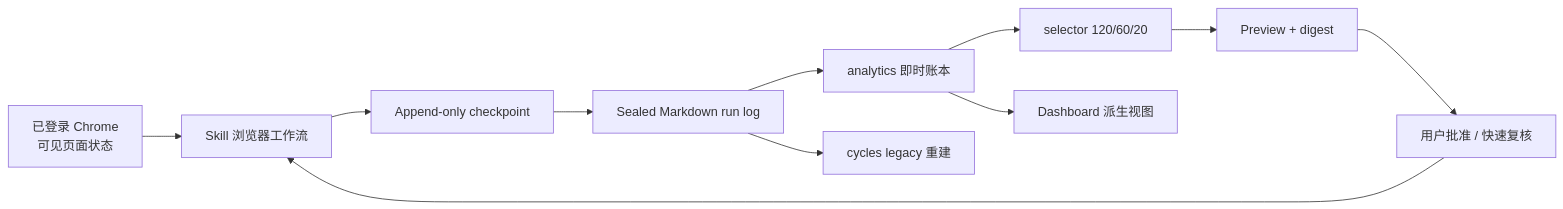
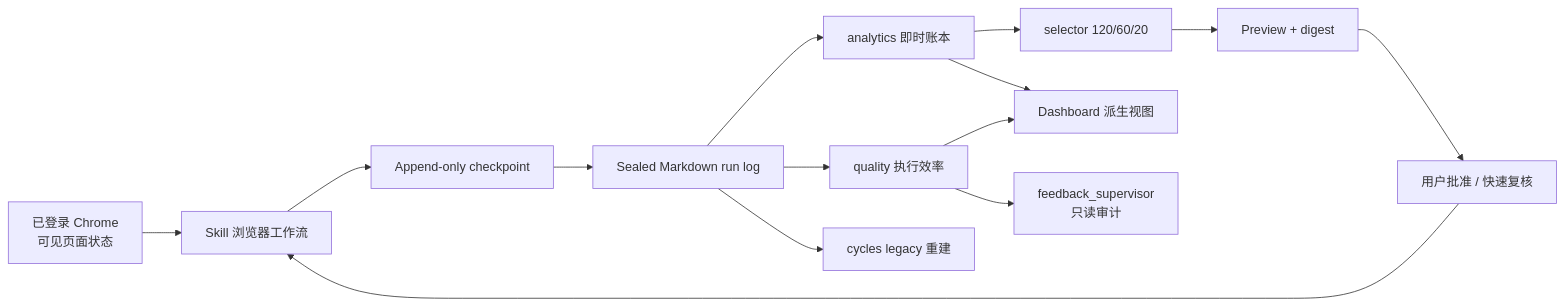
One commit to wangmiki32-a/PressZan changed the diagram in docs/architecture.md. Above: the diagram before and after it, drawn with Mermaid. The commit also changed other lines of this file and 10 other files, not shown here.

````diff
--- a/docs/architecture.md
+++ b/docs/architecture.md
@@ -11,13 +11,16 @@
 ```mermaid
 flowchart LR
     B["已登录 Chrome\n可见页面状态"] --> W["Skill 浏览器工作流"]
     W --> C["Append-only checkpoint"]
     C --> L["Sealed Markdown run log"]
     L --> R["analytics 即时账本"]
+    L --> Q["quality 执行效率"]
     L --> Y["cycles legacy 重建"]
     R --> S["selector 120/60/20"]
     R --> D["Dashboard 派生视图"]
+    Q --> D
+    Q --> V["feedback_supervisor\n只读审计"]
     S --> P["Preview + digest"]
     P --> A["用户批准 / 快速复核"]
     A --> W
 ```
````
